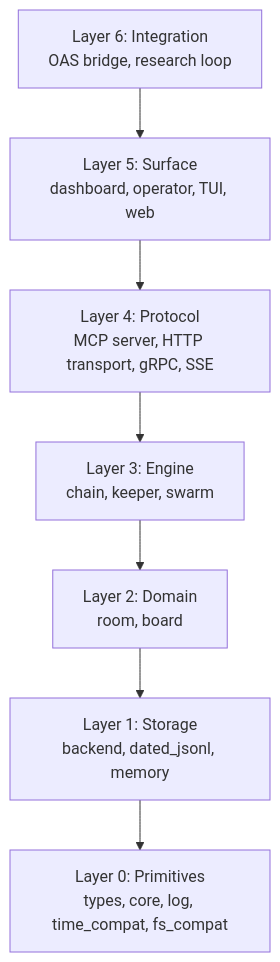
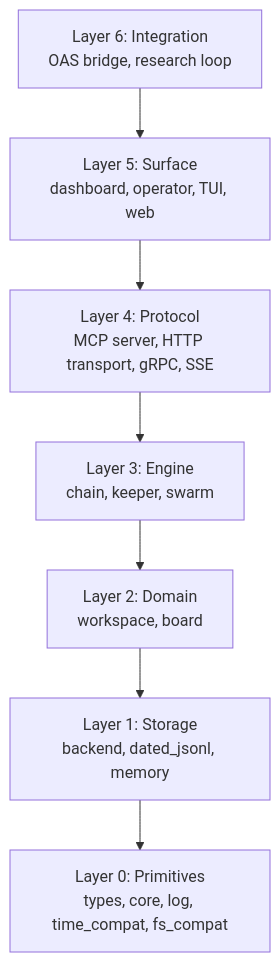
The diagram in docs/spec/SPEC-INDEX.md (jeong-sik/masc), drawn with Mermaid before and after one commit. The commit also changed other lines of this file and 359 other files, not shown here.

````diff
--- a/docs/spec/SPEC-INDEX.md
+++ b/docs/spec/SPEC-INDEX.md
@@ -36,17 +36,17 @@
 ```mermaid
 graph TB
     L6["Layer 6: Integration<br/>OAS bridge, research loop"]
     L5["Layer 5: Surface<br/>dashboard, operator, TUI, web"]
     L4["Layer 4: Protocol<br/>MCP server, HTTP transport, gRPC, SSE"]
     L3["Layer 3: Engine<br/>chain, keeper, swarm"]
-    L2["Layer 2: Domain<br/>room, board"]
+    L2["Layer 2: Domain<br/>workspace, board"]
     L1["Layer 1: Storage<br/>backend, dated_jsonl, memory"]
     L0["Layer 0: Primitives<br/>types, core, log, time_compat, fs_compat"]
 
     L6 --> L5
     L5 --> L4
     L4 --> L3
     L3 --> L2
     L2 --> L1
     L1 --> L0
 ```
````
